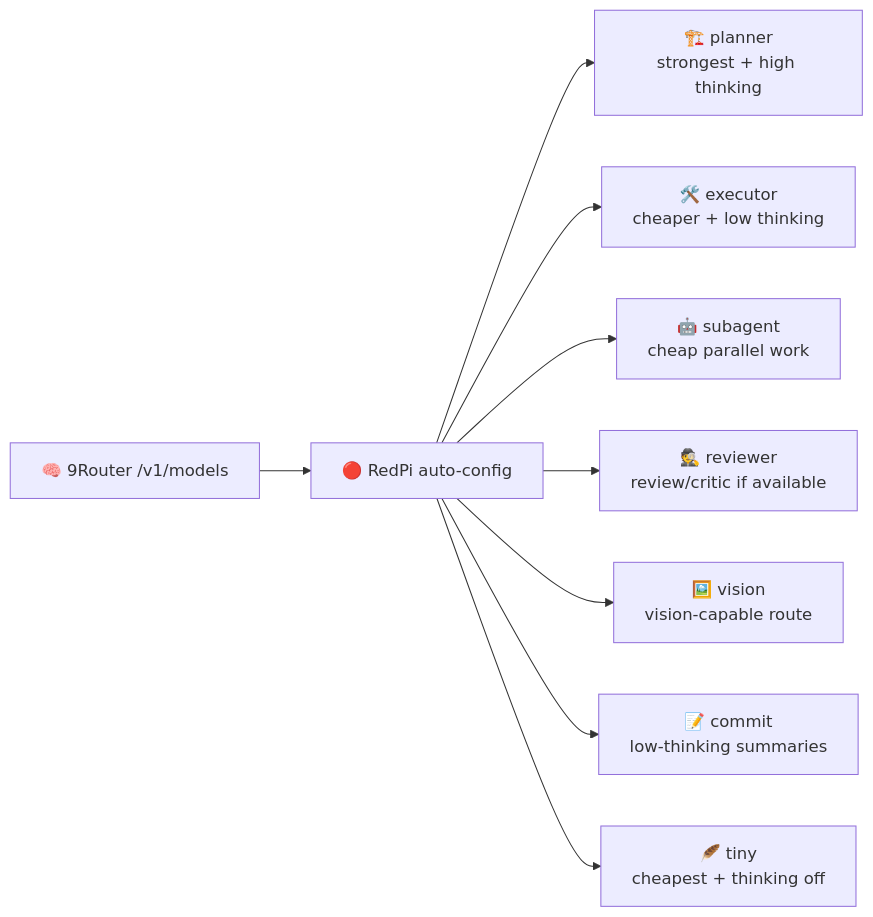
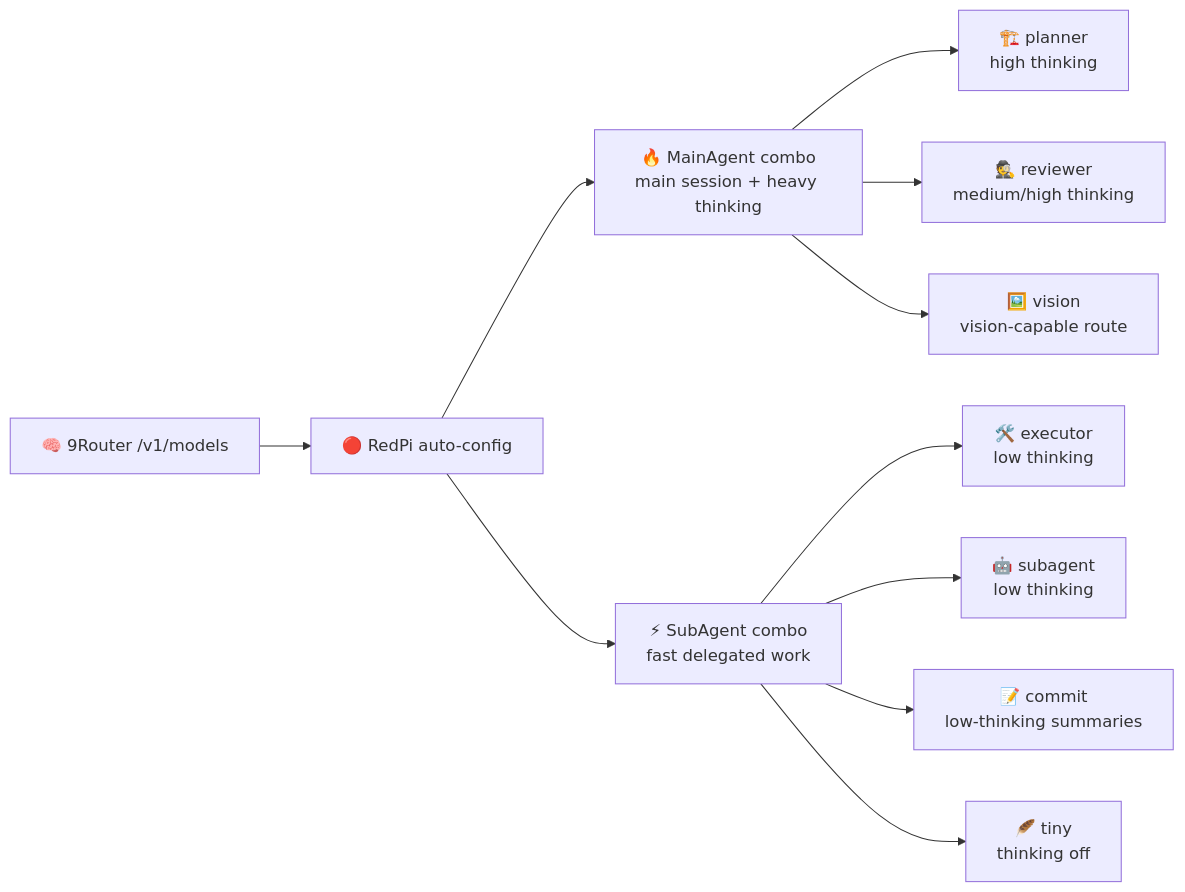
The third of 6 diagrams in README.md (ngocanhnckh/redpi), drawn with Mermaid before and after one commit. The commit also changed other lines of this file and 1 other file, not shown here.

Commit message:
Add role selection to 9Router setup

````diff
--- a/README.md
+++ b/README.md
@@ -238,11 +240,13 @@
 ```mermaid
 flowchart LR
   M["🧠 9Router /v1/models"] --> A["🔴 RedPi auto-config"]
-  A --> P["🏗️ planner<br/>strongest + high thinking"]
-  A --> E["🛠️ executor<br/>cheaper + low thinking"]
-  A --> S["🤖 subagent<br/>cheap parallel work"]
-  A --> R["🕵️ reviewer<br/>review/critic if available"]
-  A --> V["🖼️ vision<br/>vision-capable route"]
-  A --> C["📝 commit<br/>low-thinking summaries"]
-  A --> T["🪶 tiny<br/>cheapest + thinking off"]
+  A --> MA["🔥 MainAgent combo<br/>main session + heavy thinking"]
+  A --> SA["⚡ SubAgent combo<br/>fast delegated work"]
+  MA --> P["🏗️ planner<br/>high thinking"]
+  MA --> R["🕵️ reviewer<br/>medium/high thinking"]
+  MA --> V["🖼️ vision<br/>vision-capable route"]
+  SA --> E["🛠️ executor<br/>low thinking"]
+  SA --> S["🤖 subagent<br/>low thinking"]
+  SA --> C["📝 commit<br/>low-thinking summaries"]
+  SA --> T["🪶 tiny<br/>thinking off"]
 ```
````
